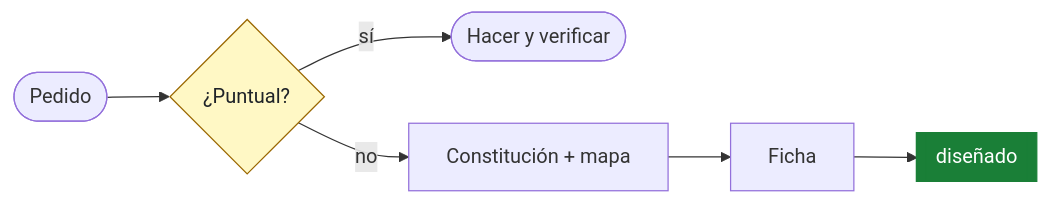
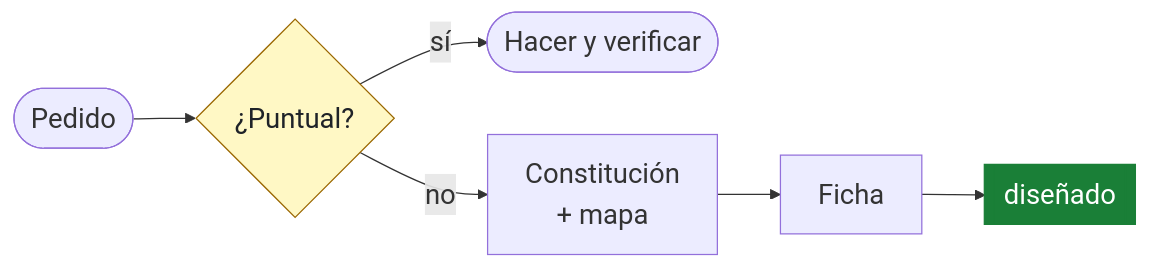
The first of 2 diagrams in README.md (arielelevy/fdd), drawn with Mermaid before and after one commit. The commit also changed other lines of this file, not shown here.

Commit message:
Make the flowchart text larger

````diff
--- a/README.md
+++ b/README.md
@@ -88,13 +88,14 @@
 ```mermaid
+%%{init: {"themeVariables": {"fontSize": "22px"}}}%%
 flowchart LR
     A(["Pedido"]) --> B{"¿Puntual?"}
     B -- "sí" --> C(["Hacer y verificar"])
-    B -- "no" --> D["Constitución + mapa"]
+    B -- "no" --> D["Constitución<br/>+ mapa"]
     D --> E["Ficha"]
     E --> F[["diseñado"]]
 
     classDef hito fill:#1a7f37,stroke:#1a7f37,color:#ffffff
     classDef decision fill:#fff8c5,stroke:#9a6700,color:#1f2328
     class F hito
     class B decision
 ```
````
